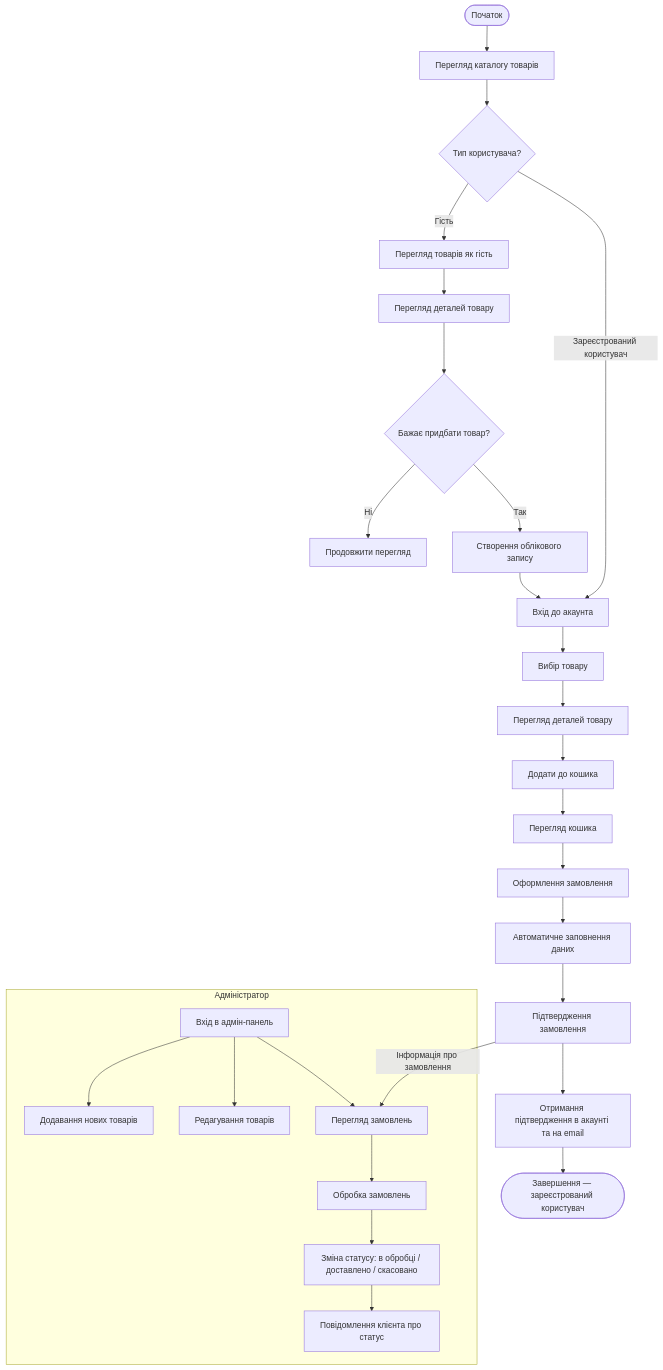
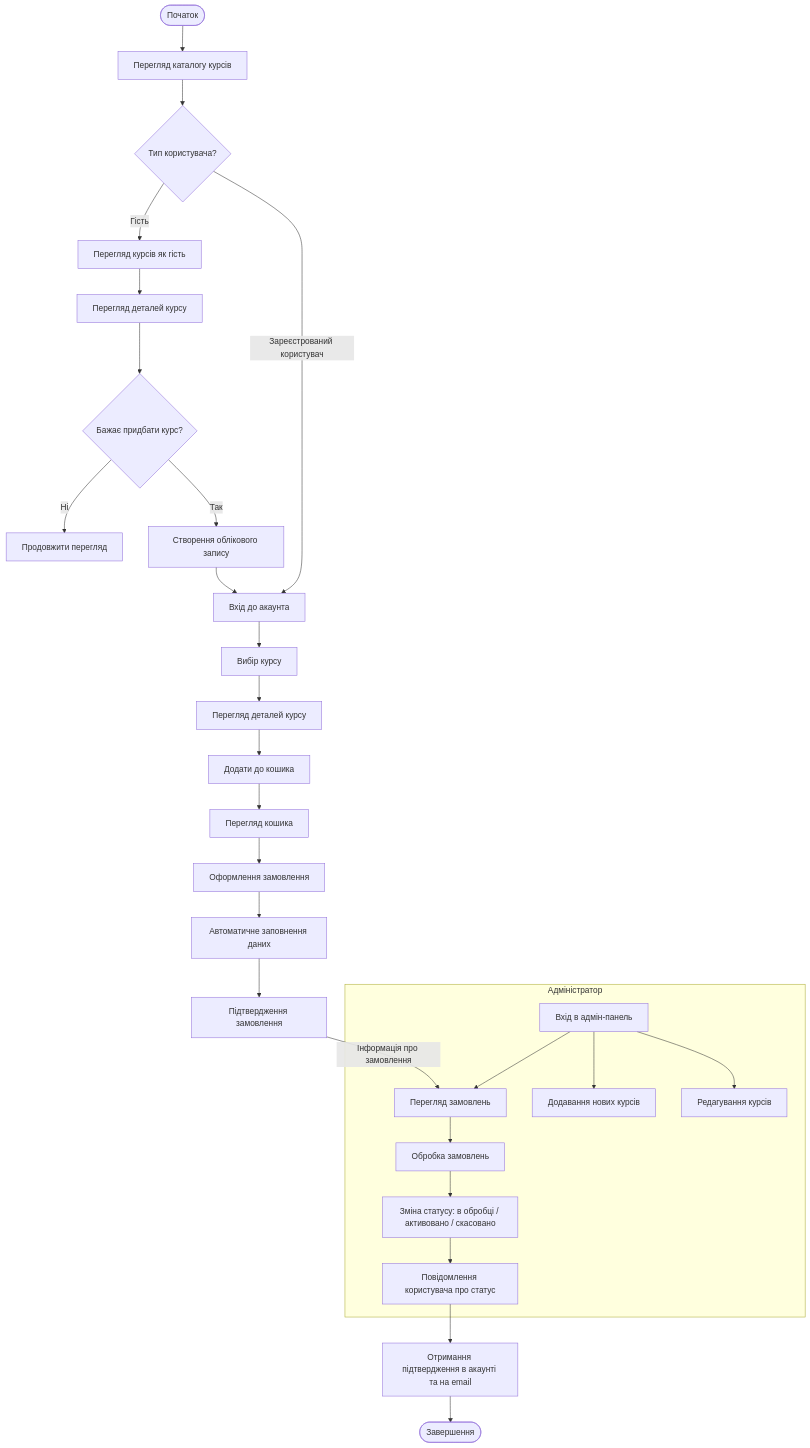
Before and after one commit to vvv898/software-quality-engineering: the diagram in README.md, drawn with Mermaid.

````diff
--- a/README.md
+++ b/README.md
@@ -3,42 +3,44 @@
 ```mermaid
 graph TD
 
 %% === ПОЧАТОК ===
-Start([Початок]) --> A[Перегляд каталогу товарів]
+Start([Початок]) --> A[Перегляд каталогу курсів]
 
 %% === ВИБІР РОЛІ ===
 A --> B{Тип користувача?}
 
 %% === ГОСТЬ ===
-B -- Гість --> G1[Перегляд товарів як гість]
-G1 --> G2[Перегляд деталей товару]
-G2 --> G3{Бажає придбати товар?}
+B -- Гість --> G1[Перегляд курсів як гість]
+G1 --> G2[Перегляд деталей курсу]
+G2 --> G3{Бажає придбати курс?}
 G3 -- Ні --> G4[Продовжити перегляд]
 G3 -- Так --> G5[Створення облікового запису]
 G5 --> R1[Вхід до акаунта]
 
 %% === ЗАРЕЄСТРОВАНИЙ КОРИСТУВАЧ ===
-B -- Зареєстрований користувач --> R1[Вхід до акаунта]
-R1 --> R2[Вибір товару]
-R2 --> R3[Перегляд деталей товару]
+B -- Зареєстрований користувач --> R1
+R1 --> R2[Вибір курсу]
+R2 --> R3[Перегляд деталей курсу]
 R3 --> R4[Додати до кошика]
 R4 --> R5[Перегляд кошика]
 R5 --> R6[Оформлення замовлення]
 R6 --> R7[Автоматичне заповнення даних]
 R7 --> R8[Підтвердження замовлення]
-R8 --> R9[Отримання підтвердження в акаунті та на email]
-R9 --> EndUser([Завершення — зареєстрований користувач])
+
+%% === ВЗАЄМОДІЯ ===
+R8 -->|Інформація про замовлення| A4
 
 %% === АДМІНІСТРАТОР ===
 subgraph "Адміністратор"
-  A1[Вхід в адмін-панель] --> A2[Додавання нових товарів]
-  A1 --> A3[Редагування товарів]
+  A1[Вхід в адмін-панель] --> A2[Додавання нових курсів]
+  A1 --> A3[Редагування курсів]
   A1 --> A4[Перегляд замовлень]
   A4 --> A5[Обробка замовлень]
-  A5 --> A6[Зміна статусу: в обробці / доставлено / скасовано]
-  A6 --> A7[Повідомлення клієнта про статус]
+  A5 --> A6[Зміна статусу: в обробці / активовано / скасовано]
+  A6 --> A7[Повідомлення користувача про статус]
 end
 
-%% === ВЗАЄМОДІЯ ===
-R8 -->|Інформація про замовлення| A4
+%% === КОРИСТУВАЧ ПІСЛЯ ОБРОБКИ ===
+A7 --> U1[Отримання підтвердження в акаунті та на email]
+U1 --> End([Завершення])
 ```
````
